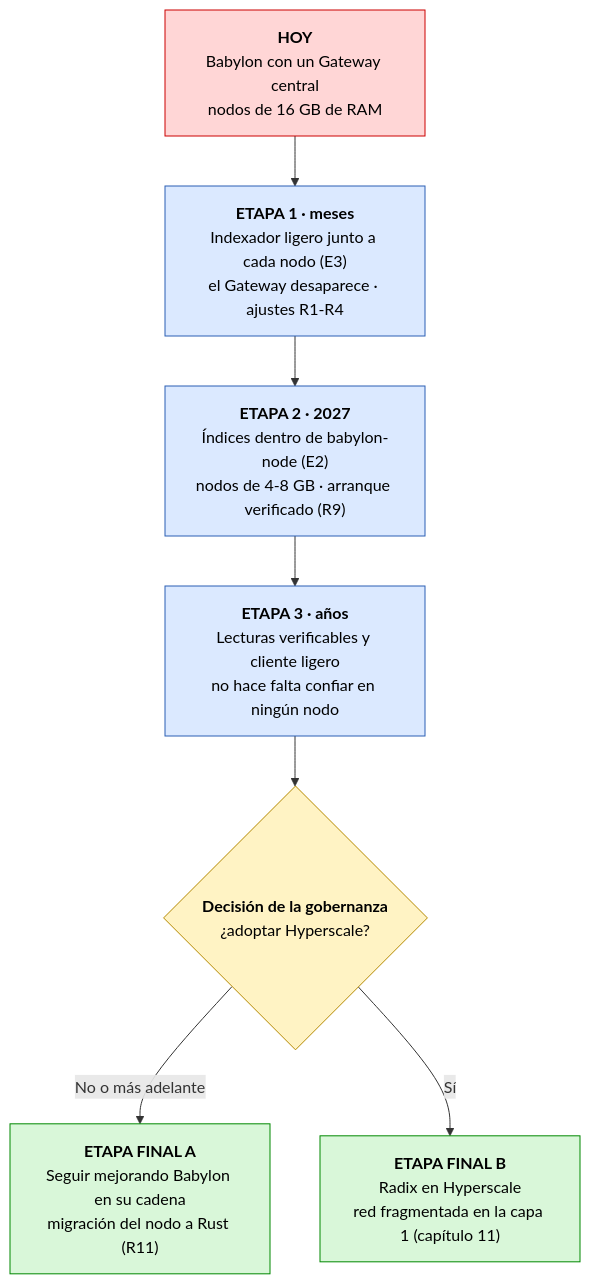
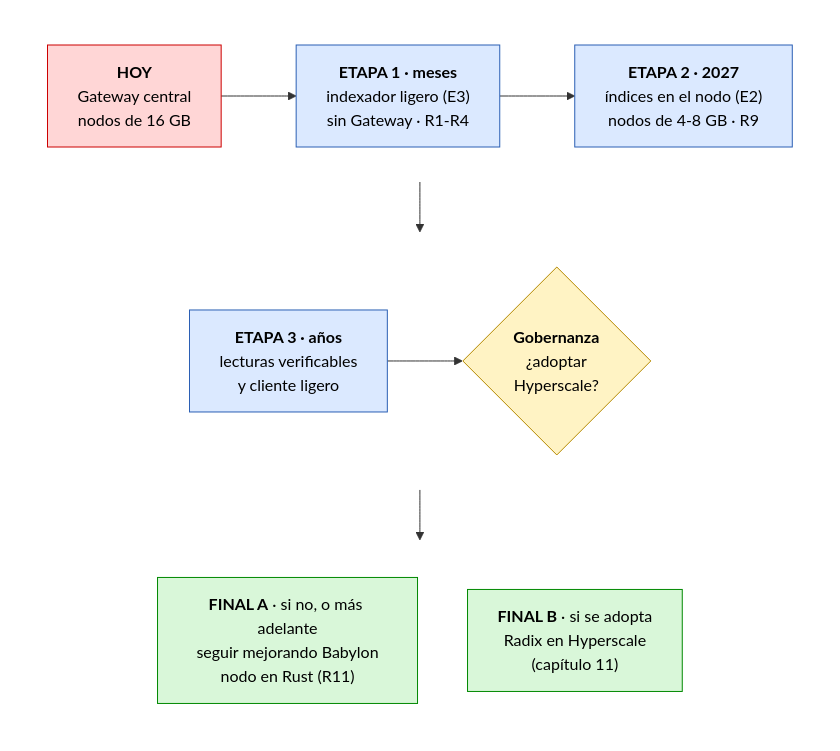
One commit to dazligth/radix-decentralization-roadmap changed the seventh of 7 diagrams in docs/es/06-solucion-recomendada.md. Above: the diagram before and after it, drawn with Mermaid. The commit also changed other lines of this file and 9 other files, not shown here.

First line of the commit message:
Redesign diagrams for readability on GitHub

````diff
--- a/docs/es/06-solucion-recomendada.md
+++ b/docs/es/06-solucion-recomendada.md
@@ -277,21 +260,27 @@
 ```mermaid
 flowchart TB
-    S0["<b>HOY</b><br/>Babylon con un Gateway central<br/>nodos de 16 GB de RAM"]
-    S1["<b>ETAPA 1 · meses</b><br/>Indexador ligero junto a cada nodo (E3)<br/>el Gateway desaparece · ajustes R1-R4"]
-    S2["<b>ETAPA 2 · 2027</b><br/>Índices dentro de babylon-node (E2)<br/>nodos de 4-8 GB · arranque verificado (R9)"]
-    S3["<b>ETAPA 3 · años</b><br/>Lecturas verificables y cliente ligero<br/>no hace falta confiar en ningún nodo"]
-    D{"<b>Decisión de la gobernanza</b><br/>¿adoptar Hyperscale?"}
-    FA["<b>ETAPA FINAL A</b><br/>Seguir mejorando Babylon en su cadena<br/>migración del nodo a Rust (R11)"]
-    FB["<b>ETAPA FINAL B</b><br/>Radix en Hyperscale<br/>red fragmentada en la capa 1 (capítulo 11)"]
-    S0 --> S1 --> S2 --> S3 --> D
-    D -->|No o más adelante| FA
-    D -->|Sí| FB
+    subgraph ROW1[" "]
+        direction LR
+        S0["<b>HOY</b><br/>Gateway central<br/>nodos de 16 GB"] --> S1["<b>ETAPA 1 · meses</b><br/>indexador ligero (E3)<br/>sin Gateway · R1-R4"] --> S2["<b>ETAPA 2 · 2027</b><br/>índices en el nodo (E2)<br/>nodos de 4-8 GB · R9"]
+    end
+    subgraph ROW2[" "]
+        direction LR
+        S3["<b>ETAPA 3 · años</b><br/>lecturas verificables<br/>y cliente ligero"] --> D{"<b>Gobernanza</b><br/>¿adoptar<br/>Hyperscale?"}
+    end
+    subgraph ROW3[" "]
+        direction TB
+        FA["<b>FINAL A</b> · si no, o más adelante<br/>seguir mejorando Babylon<br/>nodo en Rust (R11)"]
+        FB["<b>FINAL B</b> · si se adopta<br/>Radix en Hyperscale<br/>(capítulo 11)"]
+    end
+    ROW1 --> ROW2 --> ROW3
     classDef today fill:#ffd6d6,stroke:#c00,color:#000
     classDef step fill:#dbe9ff,stroke:#2b5fb4,color:#000
     classDef decision fill:#fff3c4,stroke:#b58900,color:#000
     classDef final fill:#d9f7d9,stroke:#080,color:#000
+    classDef row fill:none,stroke:none
     class S0 today
     class S1,S2,S3 step
     class D decision
     class FA,FB final
+    class ROW1,ROW2,ROW3 row
 ```
````
